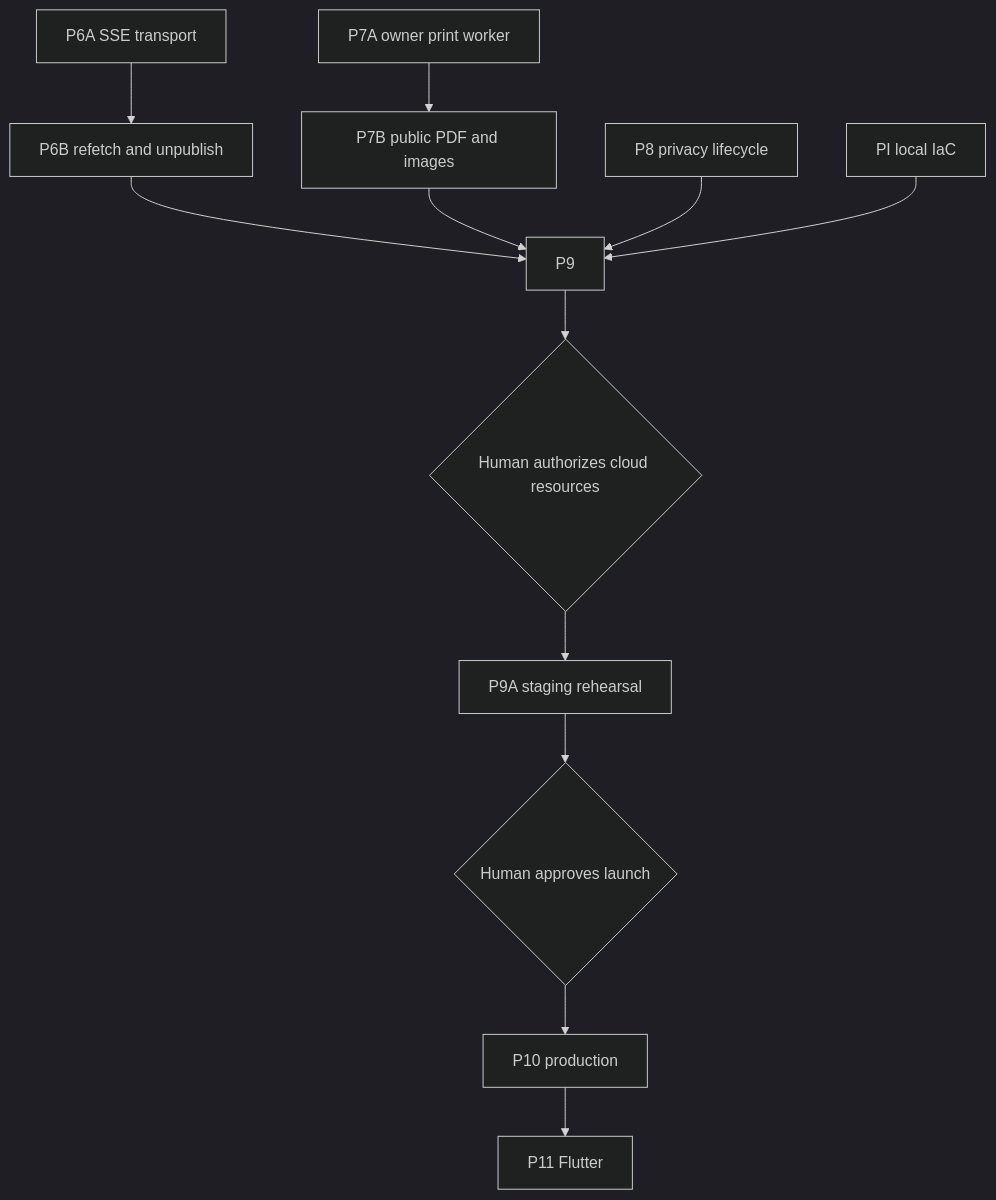
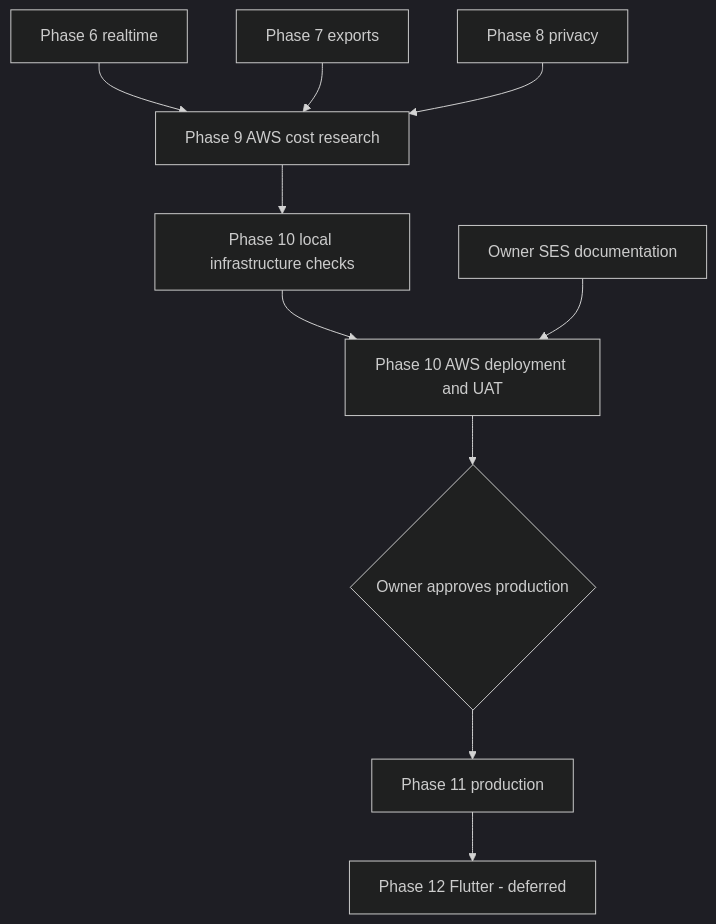
Before and after one commit to dannyota/aboutme: the diagram in docs/plans/implementation-plan.md, drawn with Mermaid (dark theme). The commit also changed other lines of this file and 69 other files, not shown here.

Commit message:
docs: number remaining phases and record AWS UAT boundaries

````diff
--- a/docs/plans/implementation-plan.md
+++ b/docs/plans/implementation-plan.md
@@ -73,14 +92,12 @@
 ```mermaid
 graph TD
-    P6A[P6A SSE transport] --> P6B[P6B refetch and unpublish]
-    P6B --> P9
-    P7A[P7A owner print worker] --> P7B[P7B public PDF and images]
-    P7B --> P9
-    P8[P8 privacy lifecycle] --> P9
-    PI[PI local IaC] --> P9
-    P9 --> AUTH{Human authorizes cloud resources}
-    AUTH --> P9A[P9A staging rehearsal]
-    P9A --> LAUNCH{Human approves launch}
-    LAUNCH --> P10[P10 production]
-    P10 --> P11[P11 Flutter]
+    P6[Phase 6 realtime] --> P9[Phase 9 AWS cost research]
+    P7[Phase 7 exports] --> P9
+    P8[Phase 8 privacy] --> P9
+    P9 --> PREP[Phase 10 local infrastructure checks]
+    PREP --> UAT[Phase 10 AWS deployment and UAT]
+    SES[Owner SES documentation] --> UAT
+    UAT --> LAUNCH{Owner approves production}
+    LAUNCH --> P11[Phase 11 production]
+    P11 --> P12[Phase 12 Flutter - deferred]
 ```
````
